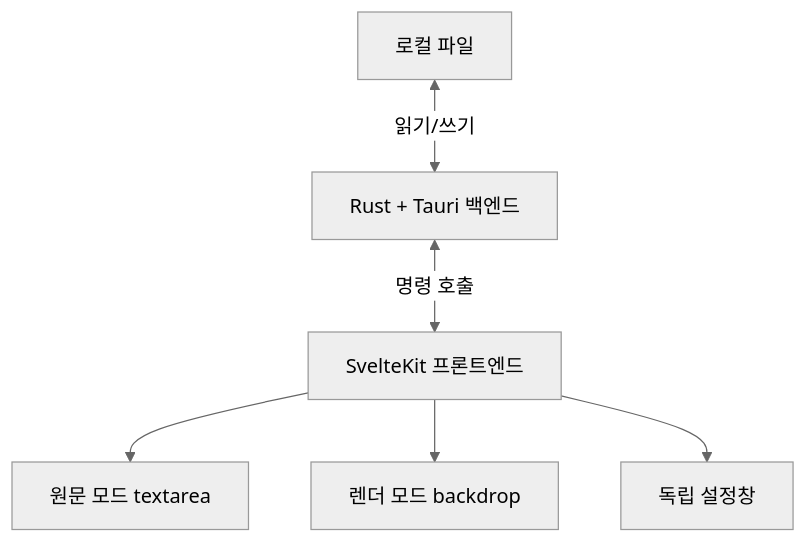
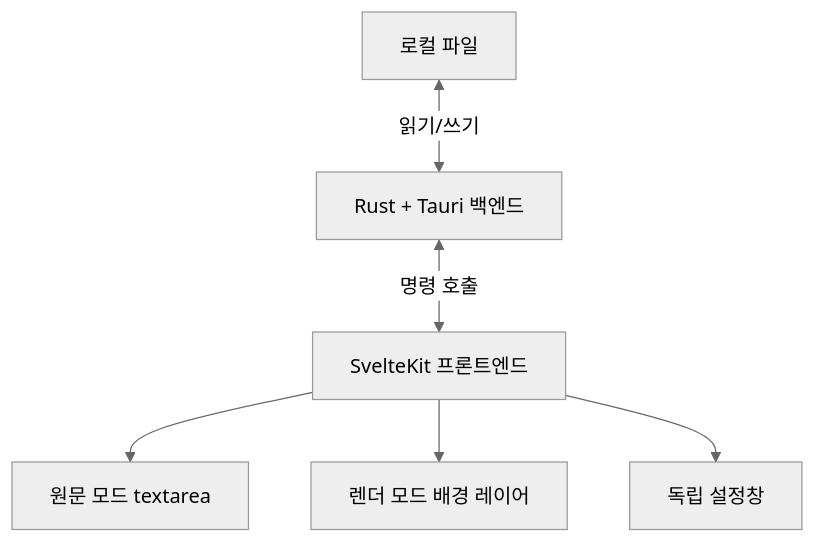
One commit to olivecrow/text-pad changed the diagram in docs/project-guide.md. Above: the diagram before and after it, drawn with Mermaid (neutral theme). The commit also changed other lines of this file and 10 other files, not shown here.

````diff
--- a/docs/project-guide.md
+++ b/docs/project-guide.md
@@ -7,8 +9,8 @@
 ```mermaid
 graph TD
     File["로컬 파일"] <-->|"읽기/쓰기"| Backend["Rust + Tauri 백엔드"]
     Backend <-->|"명령 호출"| Frontend["SvelteKit 프론트엔드"]
     Frontend --> Source["원문 모드 textarea"]
-    Frontend --> Render["렌더 모드 backdrop"]
+    Frontend --> Render["렌더 모드 배경 레이어"]
     Frontend --> Settings["독립 설정창"]
 ```
````
